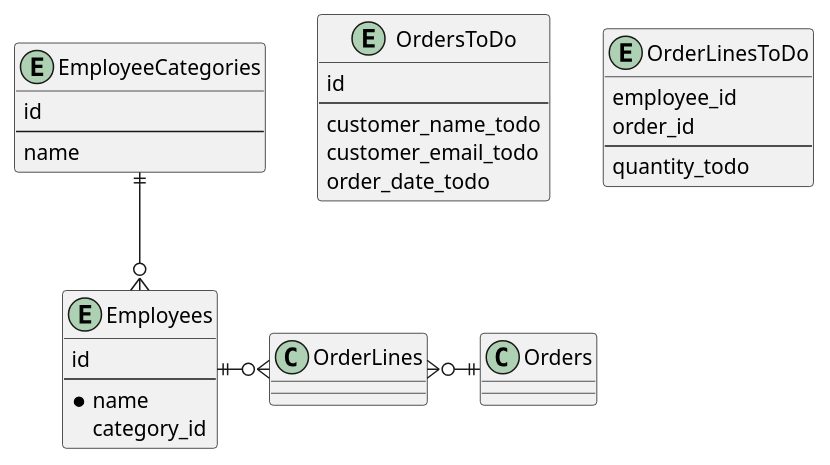
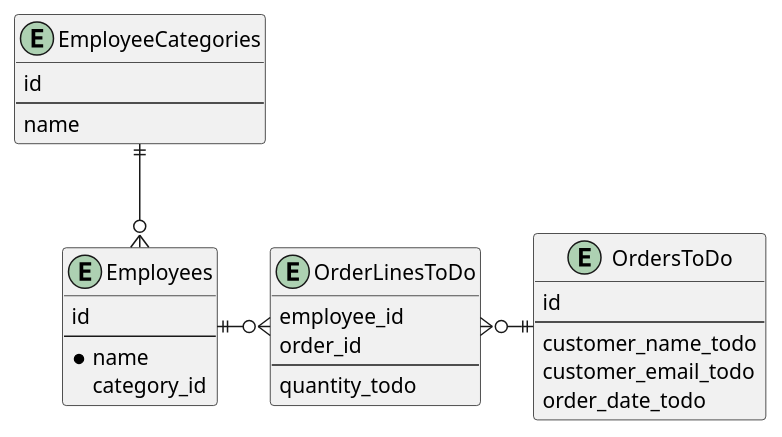
Before and after one commit to eliseeaster/eksamen_amina_elise: the diagram in docs/database_structure.puml, drawn with PlantUML. The commit also changed 3 other files, not shown here.

Commit message:
Fixed wrong on uml diagram

```diff
--- a/docs/database_structure.puml
+++ b/docs/database_structure.puml
@@ -1,34 +1,34 @@
 @startuml
 
 entity Employees {
     id
     --
     * name
     category_id
 }
 
 entity EmployeeCategories {
     id
     --
     name
 }
 
 entity OrdersToDo {
     id
     --
     customer_name_todo
     customer_email_todo
     order_date_todo
 }
 
 entity OrderLinesToDo {
     employee_id
     order_id
     --
     quantity_todo
  }
 
 EmployeeCategories ||--o{ Employees
-Employees ||-o{ OrderLines
-OrderLines }o-|| Orders
+Employees ||-o{ OrderLinesToDo
+OrderLinesToDo }o-|| OrdersToDo
 @enduml
```
